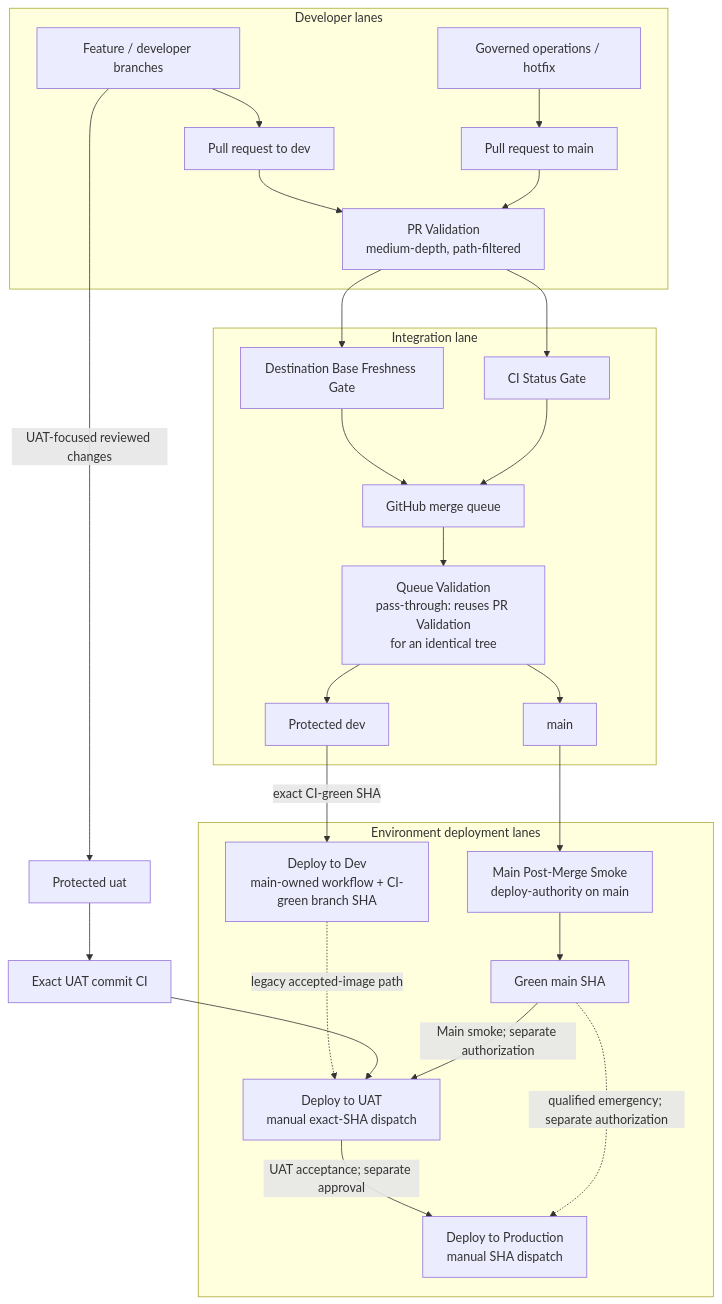
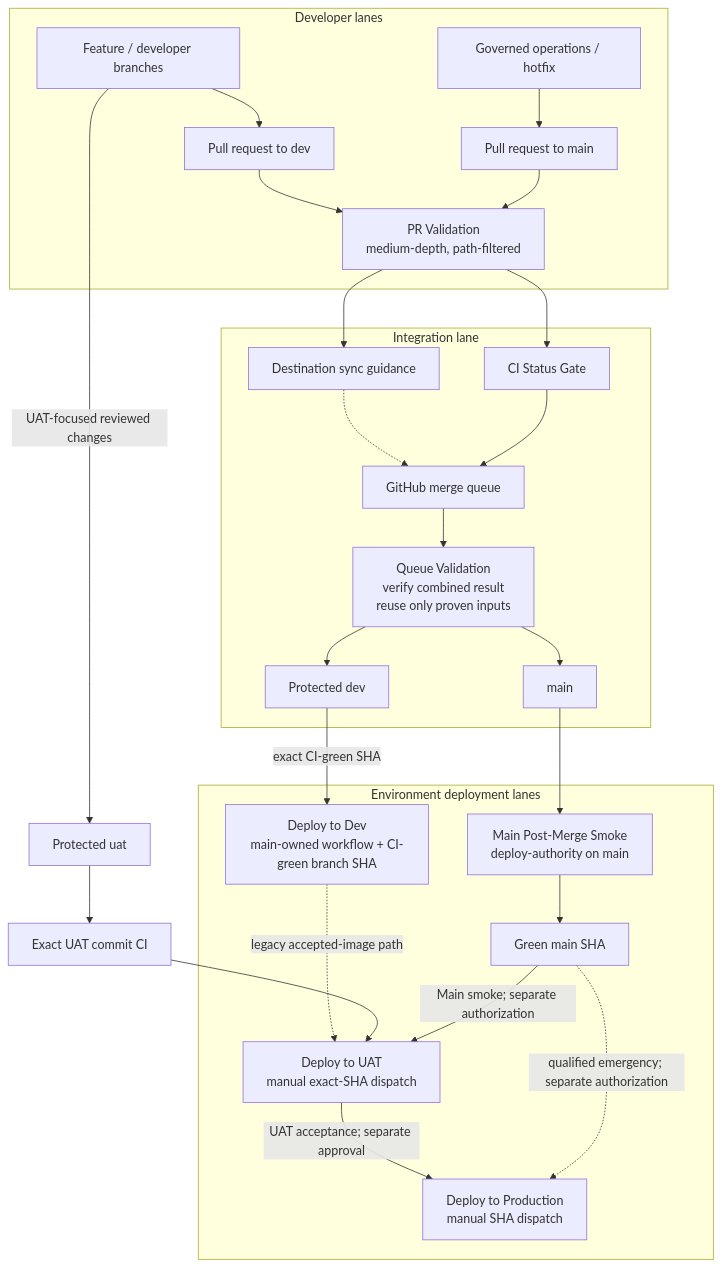
Before and after one commit to hushh-labs/hushh-research: the diagram in docs/reference/operations/ci.md, drawn with Mermaid. The commit also changed other lines of this file and 23 other files, not shown here.

````diff
--- a/docs/reference/operations/ci.md
+++ b/docs/reference/operations/ci.md
@@ -13,43 +13,43 @@
 ```mermaid
 flowchart TB
   subgraph dev["Developer lanes"]
     feat["Feature / developer branches"]
     ops["Governed operations / hotfix"]
     prdev["Pull request to dev"]
     prmain["Pull request to main"]
     prci["PR Validation<br/>medium-depth, path-filtered"]
   end
 
   subgraph integration["Integration lane"]
-    freshness["Destination Base Freshness Gate"]
+    freshness["Destination sync guidance"]
     status["CI Status Gate"]
-    queueci["Queue Validation<br/>pass-through: reuses PR Validation<br/>for an identical tree"]
+    queueci["Queue Validation<br/>verify combined result<br/>reuse only proven inputs"]
     queue["GitHub merge queue"]
     devbranch["Protected dev"]
     main["main"]
   end
 
   subgraph release["Environment deployment lanes"]
     devdeploy["Deploy to Dev<br/>main-owned workflow + CI-green branch SHA"]
     green["Green main SHA"]
     smoke["Main Post-Merge Smoke<br/>deploy-authority on main"]
     uat["Deploy to UAT<br/>manual exact-SHA dispatch"]
     prod["Deploy to Production<br/>manual SHA dispatch"]
   end
 
   feat --> prdev --> prci
   ops --> prmain --> prci
   prci --> freshness
   prci --> status
-  freshness --> queue
+  freshness -.-> queue
   status --> queue
   queue --> queueci
   queueci --> devbranch -->|"exact CI-green SHA"| devdeploy
   queueci --> main --> smoke --> green
   devdeploy -.->|"legacy accepted-image path"| uat
   feat -->|"UAT-focused reviewed changes"| uatbranch["Protected uat"]
   uatbranch --> exactuat["Exact UAT commit CI"] --> uat
   green -->|"Main smoke; separate authorization"| uat
   uat -->|"UAT acceptance; separate approval"| prod
   green -.->|"qualified emergency; separate authorization"| prod
 ```
````
